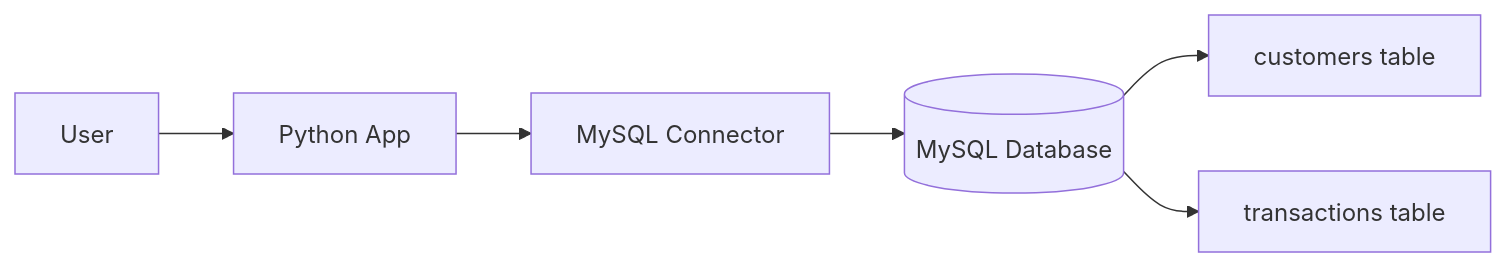
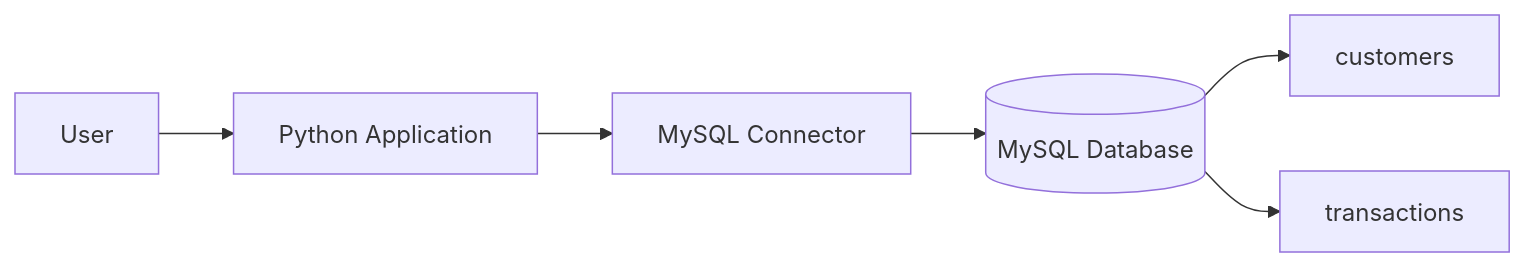
One commit to Gugan-web/bank-management-system changed the diagram in README.md. Above: the diagram before and after it, drawn with Mermaid. The commit also changed other lines of this file, not shown here.

Commit message:
Finalize the bank management system README with a polished project landing page and architecture overview

````diff
--- a/README.md
+++ b/README.md
@@ -19,8 +19,8 @@
 ```mermaid
 flowchart LR
-    A[User] --> B[Python App]
+    A[User] --> B[Python Application]
     B --> C[MySQL Connector]
     C --> D[(MySQL Database)]
-    D --> E[customers table]
-    D --> F[transactions table]
+    D --> E[customers]
+    D --> F[transactions]
 ```
````
